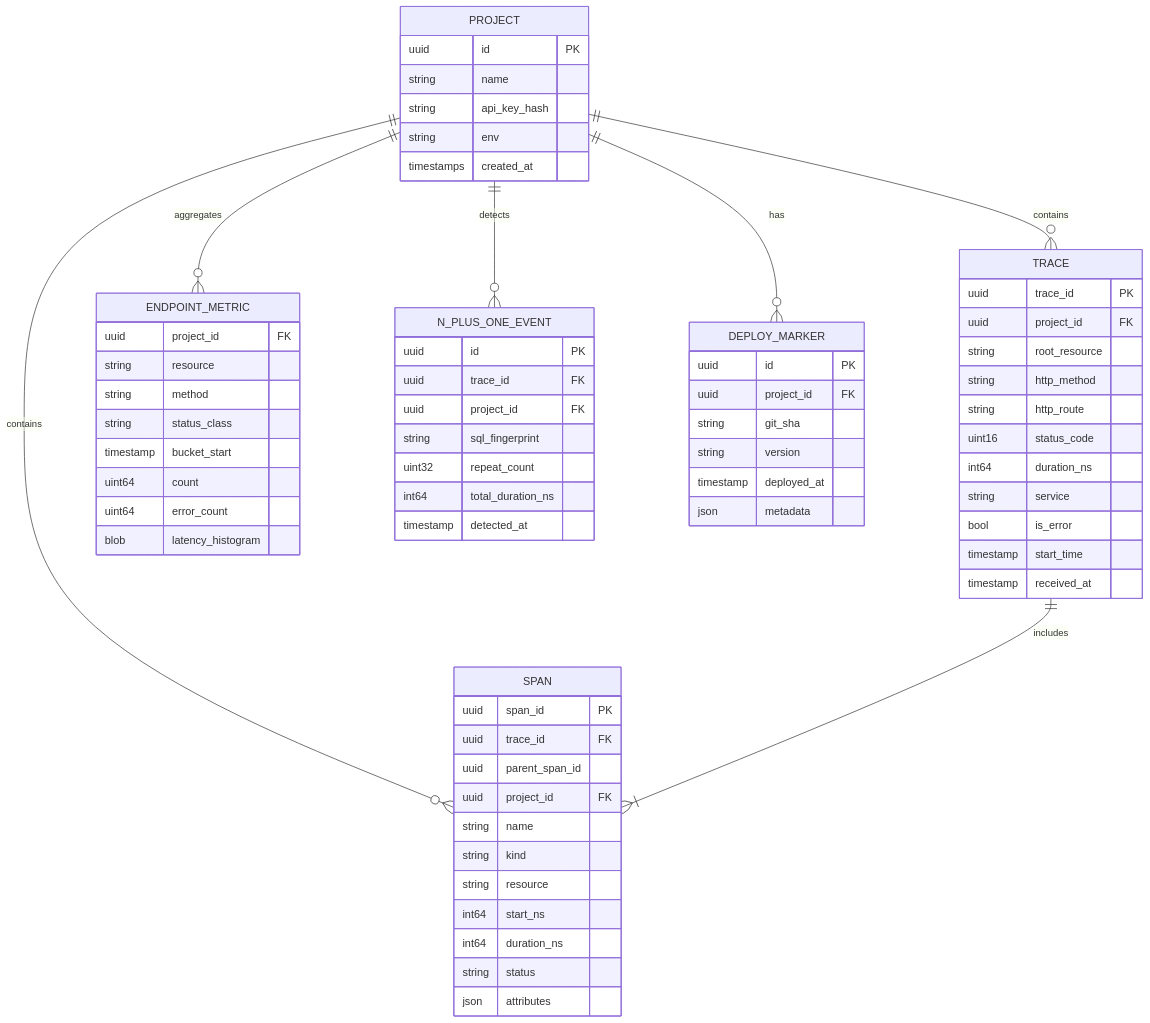
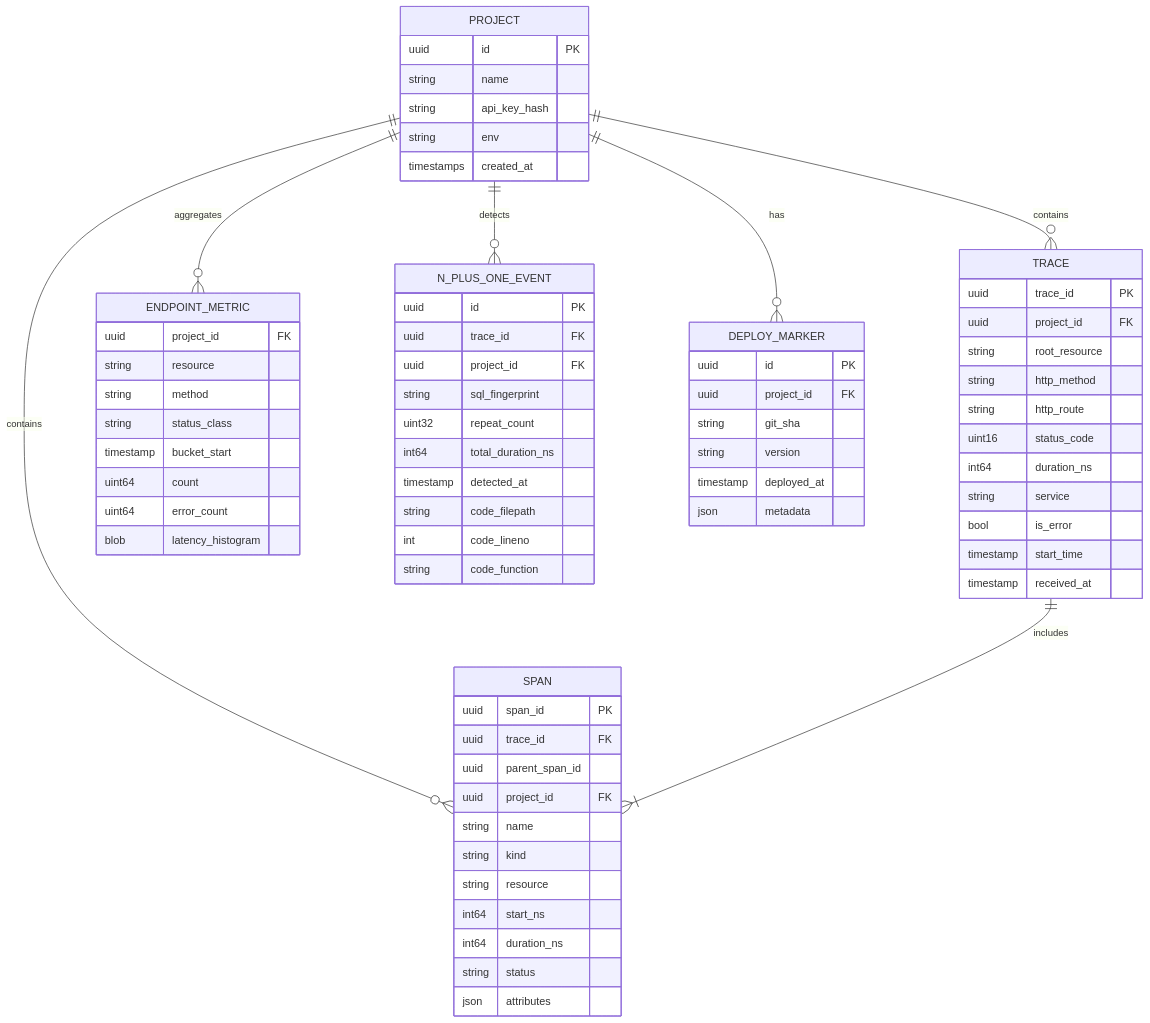
One commit to Saidbek/railspan changed the diagram in docs/DATA_MODEL.md. Above: the diagram before and after it, drawn with Mermaid. The commit also changed other lines of this file and 18 other files, not shown here.

````diff
--- a/docs/DATA_MODEL.md
+++ b/docs/DATA_MODEL.md
@@ -12,75 +12,78 @@
 ```mermaid
 erDiagram
   PROJECT ||--o{ TRACE : contains
   PROJECT ||--o{ SPAN : contains
   PROJECT ||--o{ ENDPOINT_METRIC : aggregates
   PROJECT ||--o{ N_PLUS_ONE_EVENT : detects
   PROJECT ||--o{ DEPLOY_MARKER : has
   TRACE ||--|{ SPAN : includes
 
   PROJECT {
     uuid id PK
     string name
     string api_key_hash
     string env
     timestamps created_at
   }
 
   TRACE {
     uuid trace_id PK
     uuid project_id FK
     string root_resource
     string http_method
     string http_route
     uint16 status_code
     int64 duration_ns
     string service
     bool is_error
     timestamp start_time
     timestamp received_at
   }
 
   SPAN {
     uuid span_id PK
     uuid trace_id FK
     uuid parent_span_id
     uuid project_id FK
     string name
     string kind
     string resource
     int64 start_ns
     int64 duration_ns
     string status
     json attributes
   }
 
   ENDPOINT_METRIC {
     uuid project_id FK
     string resource
     string method
     string status_class
     timestamp bucket_start
     uint64 count
     uint64 error_count
     blob latency_histogram
   }
 
   N_PLUS_ONE_EVENT {
     uuid id PK
     uuid trace_id FK
     uuid project_id FK
     string sql_fingerprint
     uint32 repeat_count
     int64 total_duration_ns
     timestamp detected_at
+    string code_filepath
+    int code_lineno
+    string code_function
   }
 
   DEPLOY_MARKER {
     uuid id PK
     uuid project_id FK
     string git_sha
     string version
     timestamp deployed_at
     json metadata
   }
 ```
````
